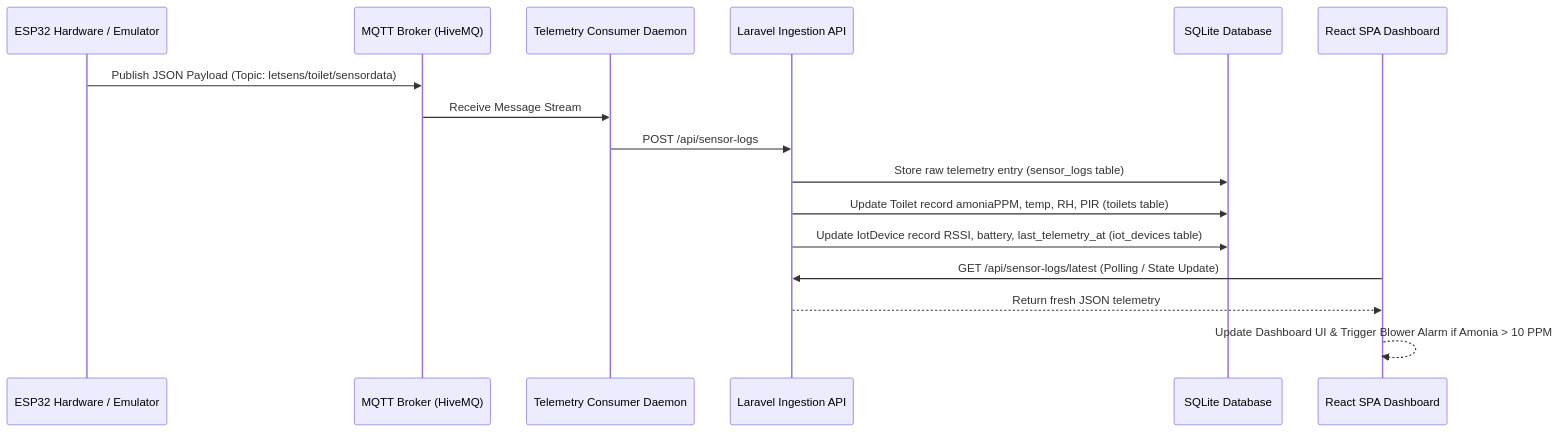
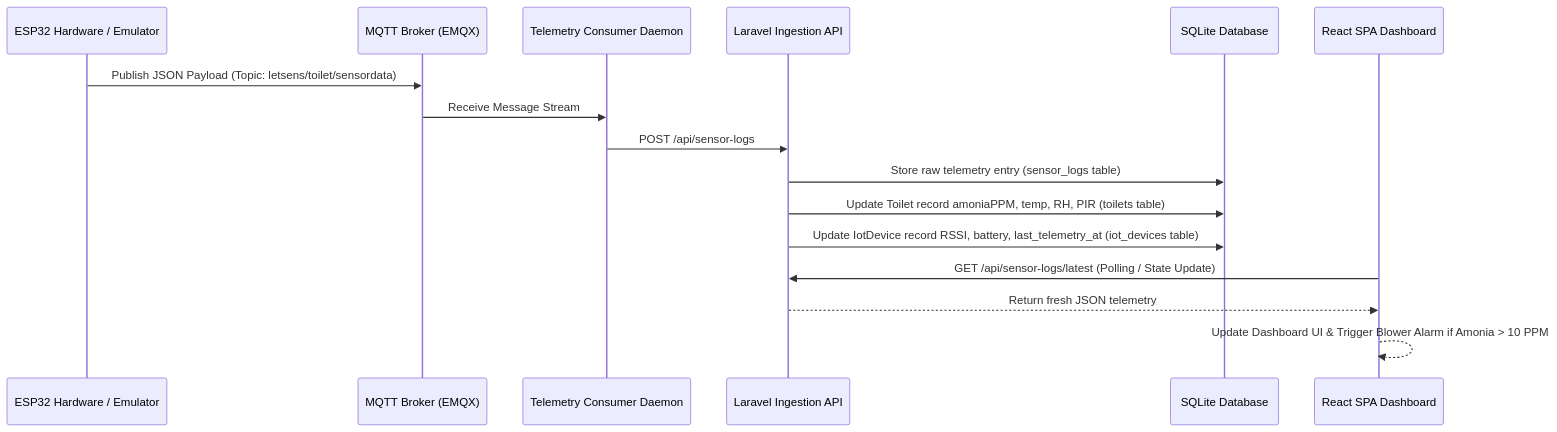
The second of 2 diagrams in docs/LAPORAN_SISTEM_LETSENS_2026.md (makerindo-repository/letsens), drawn with Mermaid before and after one commit. The commit also changed other lines of this file and 6 other files, not shown here.

First line of the commit message:
fix: unify MQTT broker to broker.emqx.io across entire codebase — QC end-to-end verified

````diff
--- a/docs/LAPORAN_SISTEM_LETSENS_2026.md
+++ b/docs/LAPORAN_SISTEM_LETSENS_2026.md
@@ -328,19 +328,19 @@
 ```mermaid
 sequenceDiagram
     participant ESP32 as ESP32 Hardware / Emulator
-    participant MQTT as MQTT Broker (HiveMQ)
+    participant MQTT as MQTT Broker (EMQX)
     participant Daemon as Telemetry Consumer Daemon
     participant API as Laravel Ingestion API
     participant DB as SQLite Database
     participant Frontend as React SPA Dashboard
 
     ESP32->>MQTT: Publish JSON Payload (Topic: letsens/toilet/sensordata)
     MQTT->>Daemon: Receive Message Stream
     Daemon->>API: POST /api/sensor-logs
     API->>DB: Store raw telemetry entry (sensor_logs table)
     API->>DB: Update Toilet record amoniaPPM, temp, RH, PIR (toilets table)
     API->>DB: Update IotDevice record RSSI, battery, last_telemetry_at (iot_devices table)
     Frontend->>API: GET /api/sensor-logs/latest (Polling / State Update)
     API-->>Frontend: Return fresh JSON telemetry
     Frontend-->>Frontend: Update Dashboard UI & Trigger Blower Alarm if Amonia > 10 PPM
 ```
````
